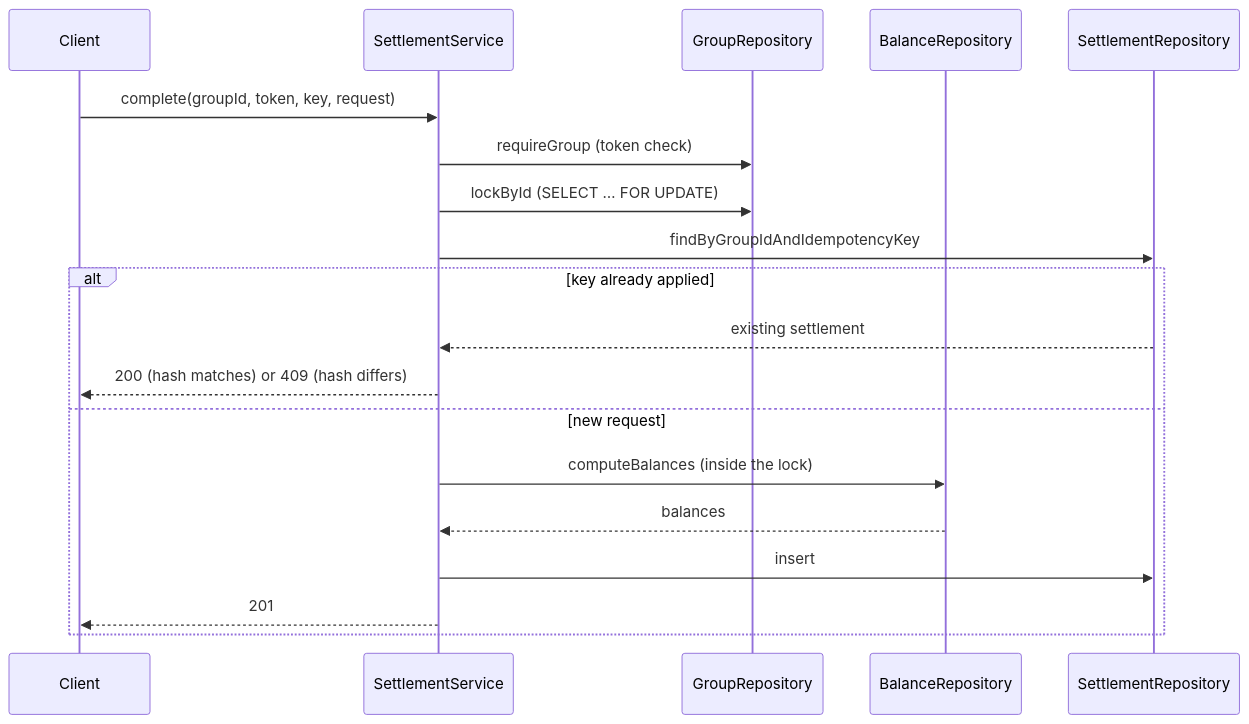
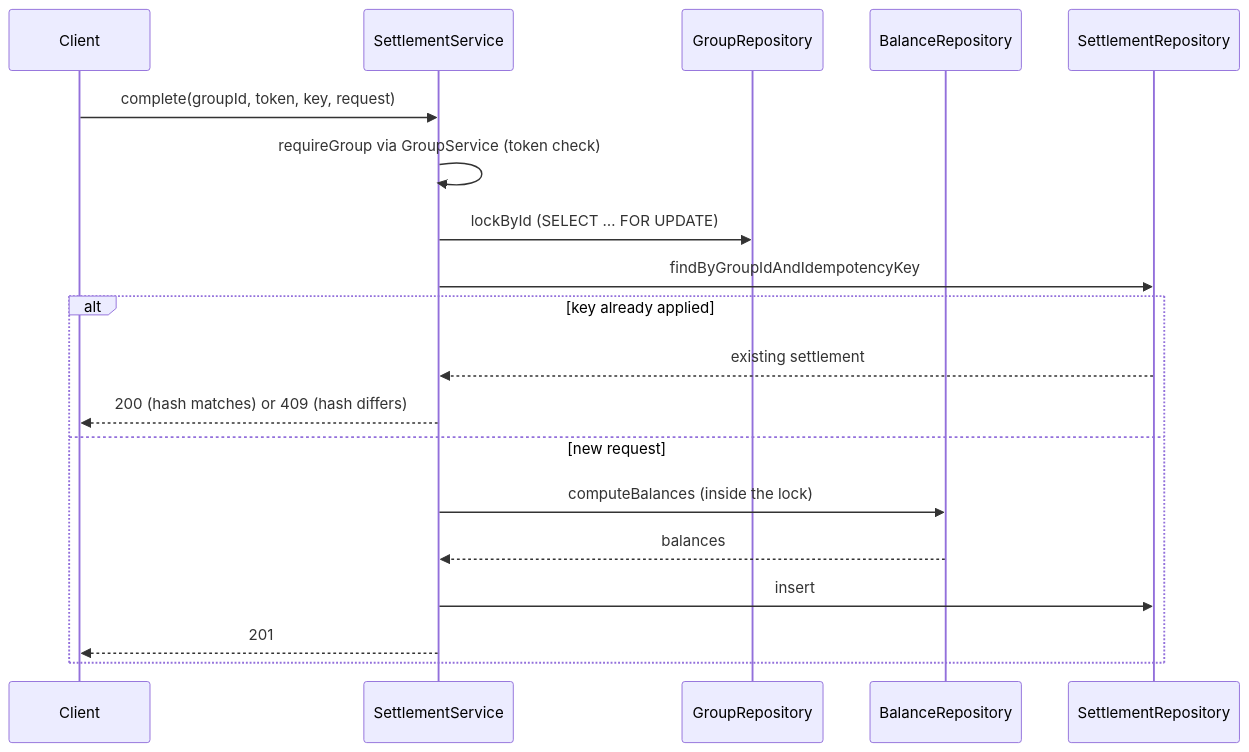
One commit to la-38606/splitpix changed the diagram in docs/design.md. Above: the diagram before and after it, drawn with Mermaid. The commit also changed other lines of this file and 9 other files, not shown here.

````diff
--- a/docs/design.md
+++ b/docs/design.md
@@ -98,21 +98,21 @@
 ```mermaid
 sequenceDiagram
     participant C as Client
     participant S as SettlementService
     participant G as GroupRepository
     participant B as BalanceRepository
     participant R as SettlementRepository
     C->>S: complete(groupId, token, key, request)
-    S->>G: requireGroup (token check)
+    S->>S: requireGroup via GroupService (token check)
     S->>G: lockById (SELECT … FOR UPDATE)
     S->>R: findByGroupIdAndIdempotencyKey
     alt key already applied
         R-->>S: existing settlement
         S-->>C: 200 (hash matches) or 409 (hash differs)
     else new request
         S->>B: computeBalances (inside the lock)
         B-->>S: balances
         S->>R: insert
         S-->>C: 201
     end
 ```
````
